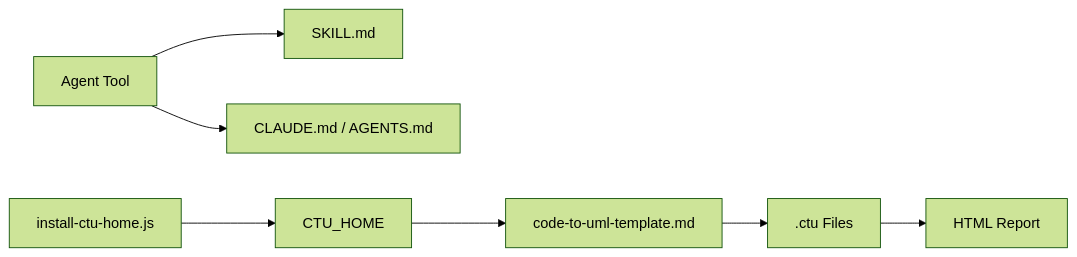
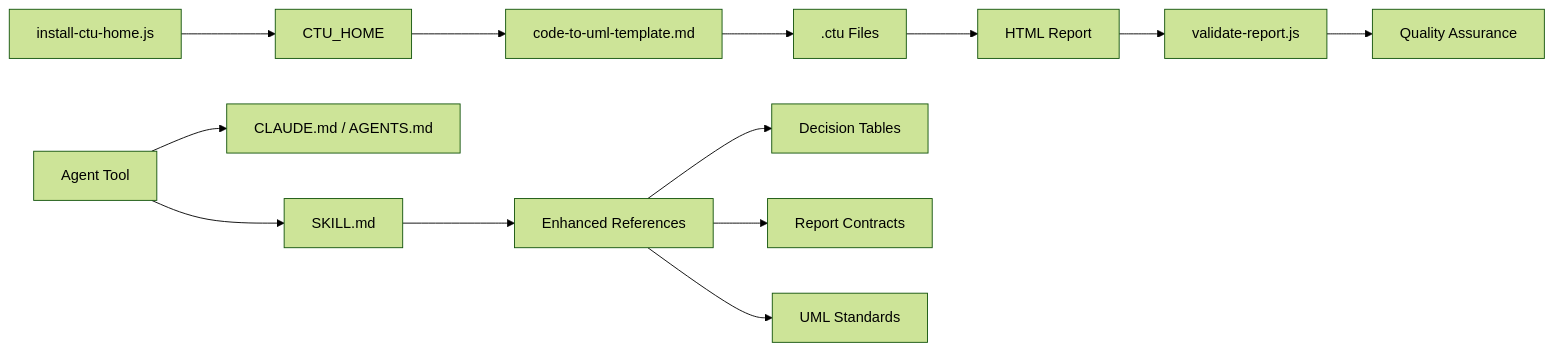
The eighth of 8 diagrams in .qoder/repowiki/en/content/AI Agent Integration/AI Agent Integration.md (pingwurth/code-to-uml), drawn with Mermaid (forest theme) before and after one commit. The commit also changed other lines of this file and 55 other files, not shown here.

````diff
--- a/.qoder/repowiki/en/content/AI Agent Integration/AI Agent Integration.md
+++ b/.qoder/repowiki/en/content/AI Agent Integration/AI Agent Integration.md
@@ -257,9 +447,15 @@
 ```mermaid
 graph LR
 Agent["Agent Tool"] --> SKILL["SKILL.md"]
 Agent --> Guides["CLAUDE.md / AGENTS.md"]
 Installer["install-ctu-home.js"] --> Env["CTU_HOME"]
 Env --> Template["code-to-uml-template.md"]
 Template --> Data[".ctu Files"]
 Data --> HTML["HTML Report"]
+HTML --> Validator["validate-report.js"]
+Validator --> Quality["Quality Assurance"]
+SKILL --> References["Enhanced References"]
+References --> Decision["Decision Tables"]
+References --> Contract["Report Contracts"]
+References --> Standards["UML Standards"]
 ```
````
